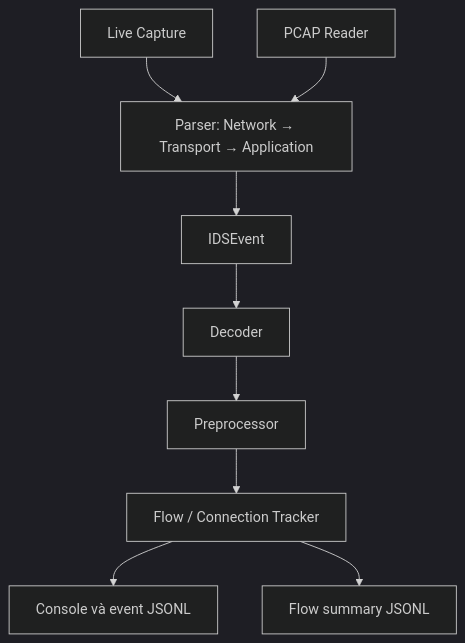
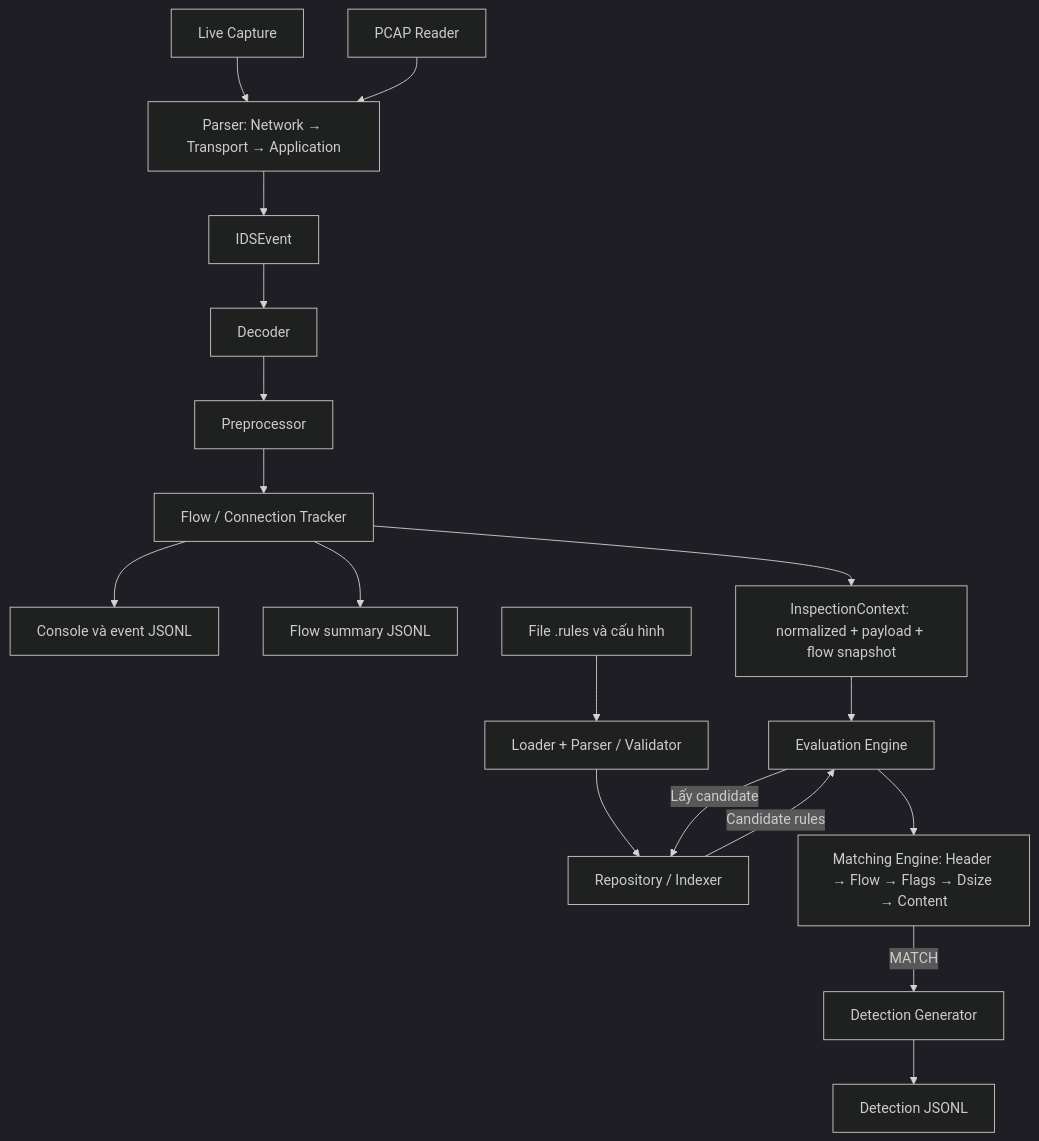
The diagram in README.md (lyns184/NT204.R11.ANTN_LePhamKhanhLinh_24520959), drawn with Mermaid (dark theme) before and after one commit. The commit also changed other lines of this file, not shown here.

````diff
--- a/README.md
+++ b/README.md
@@ -26,11 +36,20 @@
 ```mermaid
 flowchart TD
     A[Live Capture] --> C[Parser: Network → Transport → Application]
     B[PCAP Reader] --> C
     C --> D[IDSEvent]
     D --> E[Decoder]
     E --> F[Preprocessor]
     F --> G[Flow / Connection Tracker]
     G --> H[Console và event JSONL]
     G --> I[Flow summary JSONL]
+    G --> J[InspectionContext: normalized + payload + flow snapshot]
+    R[File .rules và cấu hình] --> L[Loader + Parser / Validator]
+    L --> K[Repository / Indexer]
+    J --> M[Evaluation Engine]
+    M -->|Lấy candidate| K
+    K -->|Candidate rules| M
+    M --> N[Matching Engine: Header → Flow → Flags → Dsize → Content]
+    N -->|MATCH| O[Detection Generator]
+    O --> P[Detection JSONL]
 ```
````
